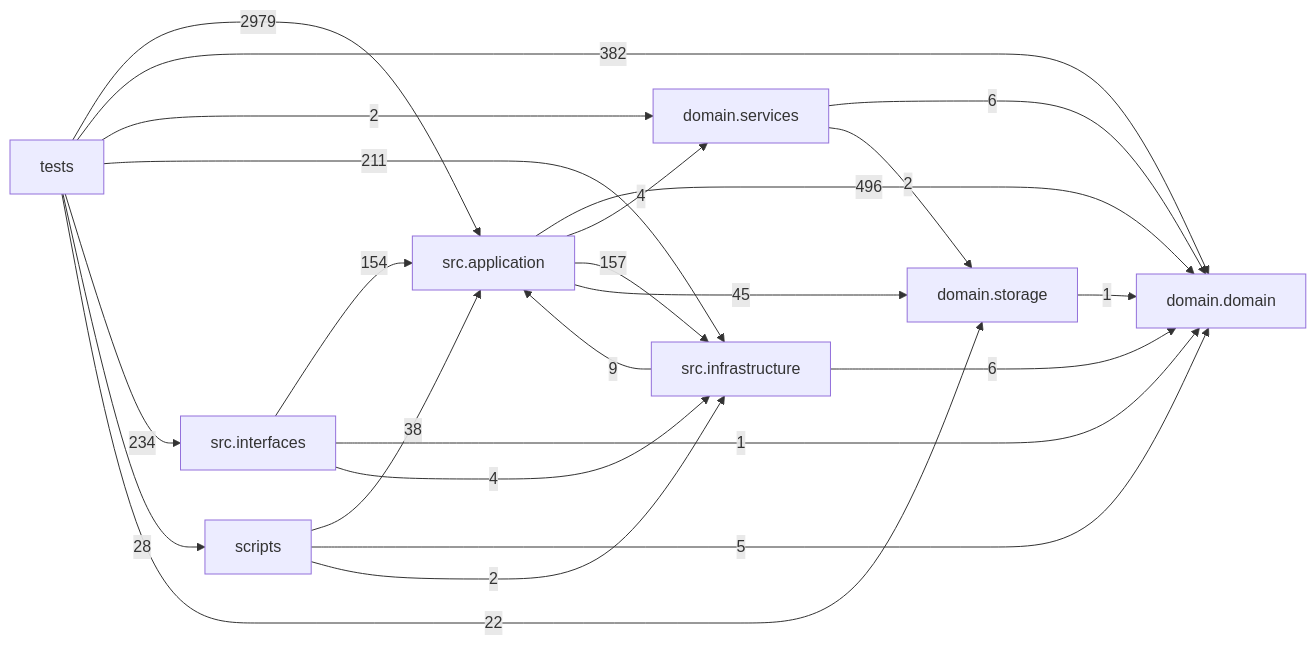
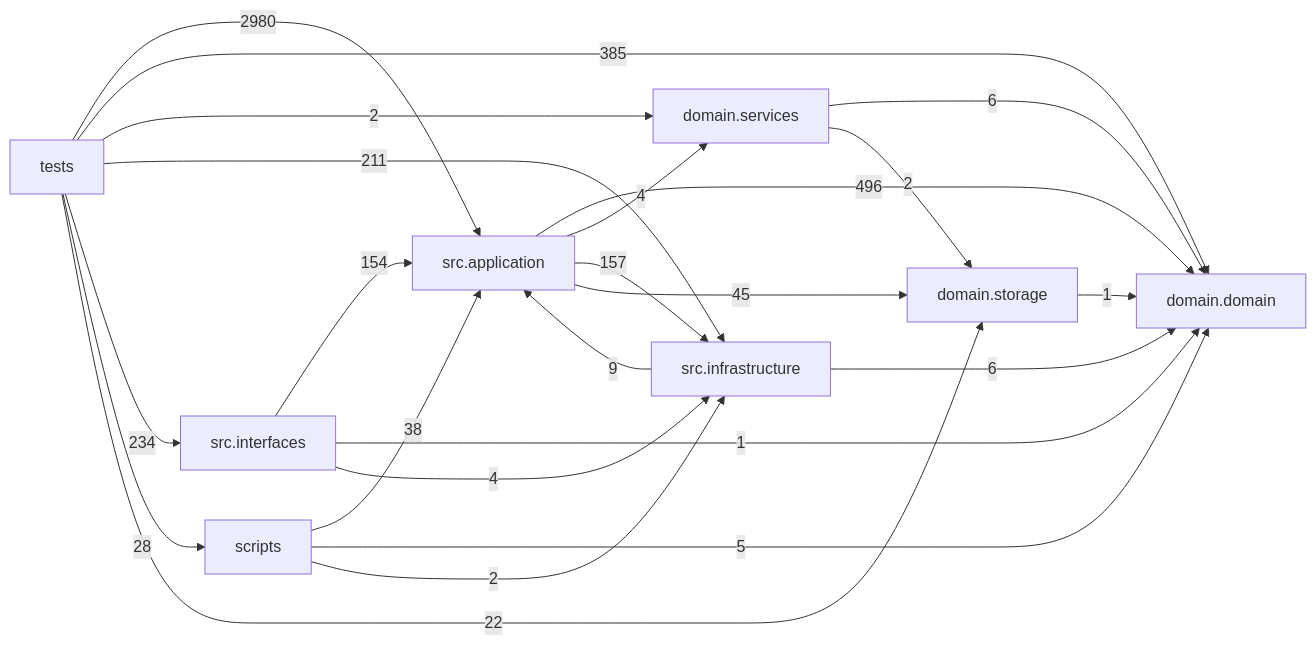
The diagram in docs/DEPENDENCY_GRAPH.md (liuxie066/options-monitor), drawn with Mermaid before and after one commit. The commit also changed other lines of this file and 6 other files, not shown here.

````diff
--- a/docs/DEPENDENCY_GRAPH.md
+++ b/docs/DEPENDENCY_GRAPH.md
@@ -24,33 +24,33 @@
 ```mermaid
 flowchart LR
   tests["tests"]
   scripts["scripts"]
   interfaces["src.interfaces"]
   application["src.application"]
   infrastructure["src.infrastructure"]
   domain_services["domain.services"]
   domain["domain.domain"]
   storage["domain.storage"]
   application -->|496| domain
   application -->|4| domain_services
   application -->|157| infrastructure
   application -->|45| storage
   domain_services -->|6| domain
   domain_services -->|2| storage
   infrastructure -->|9| application
   infrastructure -->|6| domain
   interfaces -->|154| application
   interfaces -->|1| domain
   interfaces -->|4| infrastructure
   scripts -->|38| application
   scripts -->|5| domain
   scripts -->|2| infrastructure
   storage -->|1| domain
-  tests -->|2979| application
-  tests -->|382| domain
+  tests -->|2980| application
+  tests -->|385| domain
   tests -->|2| domain_services
   tests -->|211| infrastructure
   tests -->|234| interfaces
   tests -->|28| scripts
   tests -->|22| storage
 ```
````
